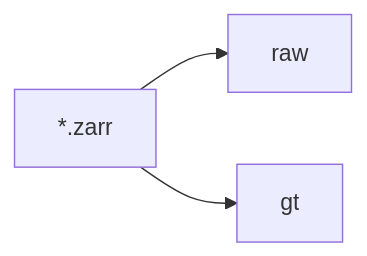
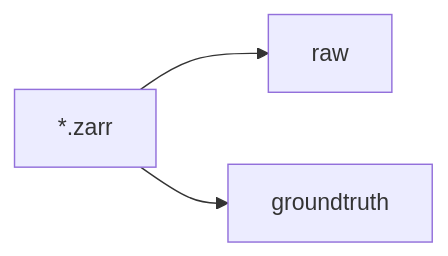
Before and after one commit to funkelab/cellulus: the diagram in README.md, drawn with Mermaid. The commit also changed other lines of this file, not shown here.

````diff
--- a/README.md
+++ b/README.md
@@ -45,5 +45,5 @@
 ```mermaid
 graph LR
 A[*.zarr] --> B[raw];
-A --> C[gt];
+A --> C[groundtruth];
 ```
````
